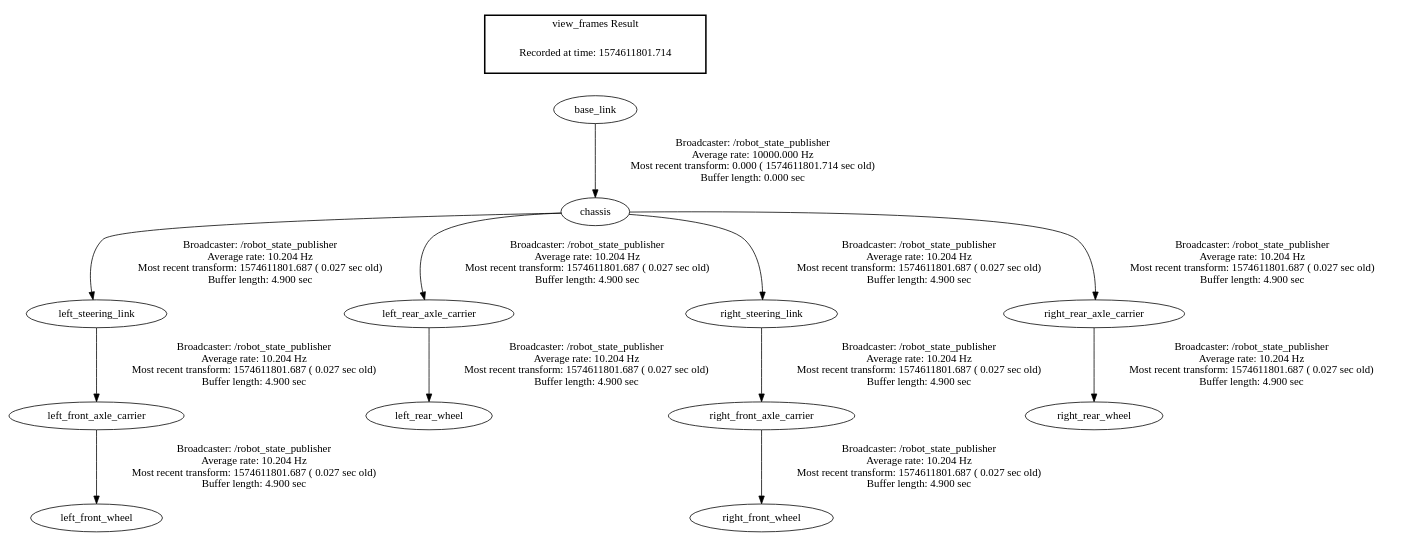
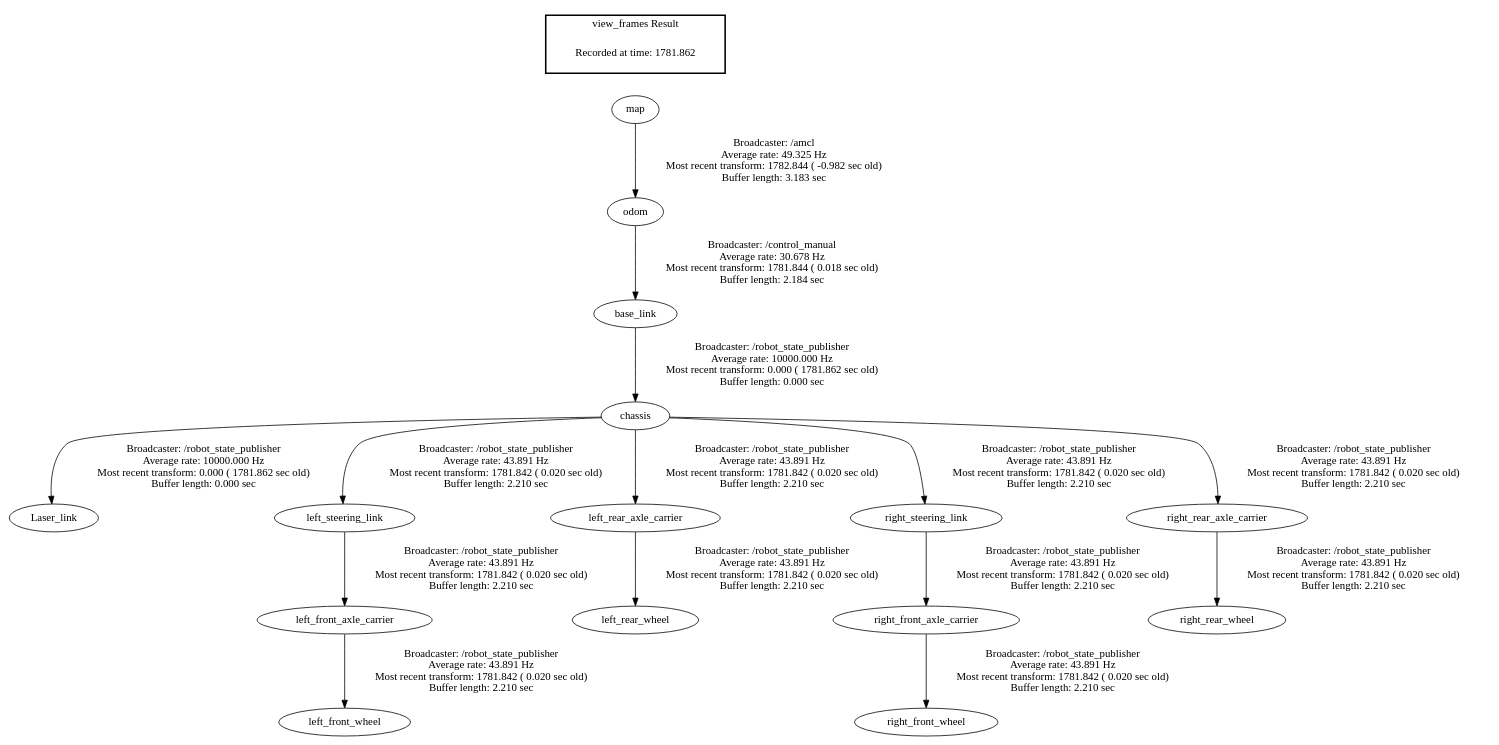
The diagram in robot_ws/src/my_robot/src/node/frames.gv (minhquangcr123/ackermann_steering), drawn with Graphviz before and after one commit. The commit also changed 594 other files, not shown here.

```diff
--- a/robot_ws/src/my_robot/src/node/frames.gv
+++ b/robot_ws/src/my_robot/src/node/frames.gv
@@ -1,17 +1,20 @@
 digraph G {
-"base_link" -> "chassis"[label="Broadcaster: /robot_state_publisher\nAverage rate: 10000.000 Hz\nMost recent transform: 0.000 ( 1574611801.714 sec old)\nBuffer length: 0.000 sec\n"];
-"left_front_axle_carrier" -> "left_front_wheel"[label="Broadcaster: /robot_state_publisher\nAverage rate: 10.204 Hz\nMost recent transform: 1574611801.687 ( 0.027 sec old)\nBuffer length: 4.900 sec\n"];
-"left_steering_link" -> "left_front_axle_carrier"[label="Broadcaster: /robot_state_publisher\nAverage rate: 10.204 Hz\nMost recent transform: 1574611801.687 ( 0.027 sec old)\nBuffer length: 4.900 sec\n"];
-"chassis" -> "left_steering_link"[label="Broadcaster: /robot_state_publisher\nAverage rate: 10.204 Hz\nMost recent transform: 1574611801.687 ( 0.027 sec old)\nBuffer length: 4.900 sec\n"];
-"left_rear_axle_carrier" -> "left_rear_wheel"[label="Broadcaster: /robot_state_publisher\nAverage rate: 10.204 Hz\nMost recent transform: 1574611801.687 ( 0.027 sec old)\nBuffer length: 4.900 sec\n"];
-"chassis" -> "left_rear_axle_carrier"[label="Broadcaster: /robot_state_publisher\nAverage rate: 10.204 Hz\nMost recent transform: 1574611801.687 ( 0.027 sec old)\nBuffer length: 4.900 sec\n"];
-"right_front_axle_carrier" -> "right_front_wheel"[label="Broadcaster: /robot_state_publisher\nAverage rate: 10.204 Hz\nMost recent transform: 1574611801.687 ( 0.027 sec old)\nBuffer length: 4.900 sec\n"];
-"right_steering_link" -> "right_front_axle_carrier"[label="Broadcaster: /robot_state_publisher\nAverage rate: 10.204 Hz\nMost recent transform: 1574611801.687 ( 0.027 sec old)\nBuffer length: 4.900 sec\n"];
-"chassis" -> "right_steering_link"[label="Broadcaster: /robot_state_publisher\nAverage rate: 10.204 Hz\nMost recent transform: 1574611801.687 ( 0.027 sec old)\nBuffer length: 4.900 sec\n"];
-"right_rear_axle_carrier" -> "right_rear_wheel"[label="Broadcaster: /robot_state_publisher\nAverage rate: 10.204 Hz\nMost recent transform: 1574611801.687 ( 0.027 sec old)\nBuffer length: 4.900 sec\n"];
-"chassis" -> "right_rear_axle_carrier"[label="Broadcaster: /robot_state_publisher\nAverage rate: 10.204 Hz\nMost recent transform: 1574611801.687 ( 0.027 sec old)\nBuffer length: 4.900 sec\n"];
+"base_link" -> "chassis"[label="Broadcaster: /robot_state_publisher\nAverage rate: 10000.000 Hz\nMost recent transform: 0.000 ( 1781.862 sec old)\nBuffer length: 0.000 sec\n"];
+"odom" -> "base_link"[label="Broadcaster: /control_manual\nAverage rate: 30.678 Hz\nMost recent transform: 1781.844 ( 0.018 sec old)\nBuffer length: 2.184 sec\n"];
+"chassis" -> "Laser_link"[label="Broadcaster: /robot_state_publisher\nAverage rate: 10000.000 Hz\nMost recent transform: 0.000 ( 1781.862 sec old)\nBuffer length: 0.000 sec\n"];
+"map" -> "odom"[label="Broadcaster: /amcl\nAverage rate: 49.325 Hz\nMost recent transform: 1782.844 ( -0.982 sec old)\nBuffer length: 3.183 sec\n"];
+"left_front_axle_carrier" -> "left_front_wheel"[label="Broadcaster: /robot_state_publisher\nAverage rate: 43.891 Hz\nMost recent transform: 1781.842 ( 0.020 sec old)\nBuffer length: 2.210 sec\n"];
+"left_steering_link" -> "left_front_axle_carrier"[label="Broadcaster: /robot_state_publisher\nAverage rate: 43.891 Hz\nMost recent transform: 1781.842 ( 0.020 sec old)\nBuffer length: 2.210 sec\n"];
+"chassis" -> "left_steering_link"[label="Broadcaster: /robot_state_publisher\nAverage rate: 43.891 Hz\nMost recent transform: 1781.842 ( 0.020 sec old)\nBuffer length: 2.210 sec\n"];
+"left_rear_axle_carrier" -> "left_rear_wheel"[label="Broadcaster: /robot_state_publisher\nAverage rate: 43.891 Hz\nMost recent transform: 1781.842 ( 0.020 sec old)\nBuffer length: 2.210 sec\n"];
+"chassis" -> "left_rear_axle_carrier"[label="Broadcaster: /robot_state_publisher\nAverage rate: 43.891 Hz\nMost recent transform: 1781.842 ( 0.020 sec old)\nBuffer length: 2.210 sec\n"];
+"right_front_axle_carrier" -> "right_front_wheel"[label="Broadcaster: /robot_state_publisher\nAverage rate: 43.891 Hz\nMost recent transform: 1781.842 ( 0.020 sec old)\nBuffer length: 2.210 sec\n"];
+"right_steering_link" -> "right_front_axle_carrier"[label="Broadcaster: /robot_state_publisher\nAverage rate: 43.891 Hz\nMost recent transform: 1781.842 ( 0.020 sec old)\nBuffer length: 2.210 sec\n"];
+"chassis" -> "right_steering_link"[label="Broadcaster: /robot_state_publisher\nAverage rate: 43.891 Hz\nMost recent transform: 1781.842 ( 0.020 sec old)\nBuffer length: 2.210 sec\n"];
+"right_rear_axle_carrier" -> "right_rear_wheel"[label="Broadcaster: /robot_state_publisher\nAverage rate: 43.891 Hz\nMost recent transform: 1781.842 ( 0.020 sec old)\nBuffer length: 2.210 sec\n"];
+"chassis" -> "right_rear_axle_carrier"[label="Broadcaster: /robot_state_publisher\nAverage rate: 43.891 Hz\nMost recent transform: 1781.842 ( 0.020 sec old)\nBuffer length: 2.210 sec\n"];
 edge [style=invis];
  subgraph cluster_legend { style=bold; color=black; label ="view_frames Result";
-"Recorded at time: 1574611801.714"[ shape=plaintext ] ;
- }->"base_link";
+"Recorded at time: 1781.862"[ shape=plaintext ] ;
+ }->"map";
 }
```
